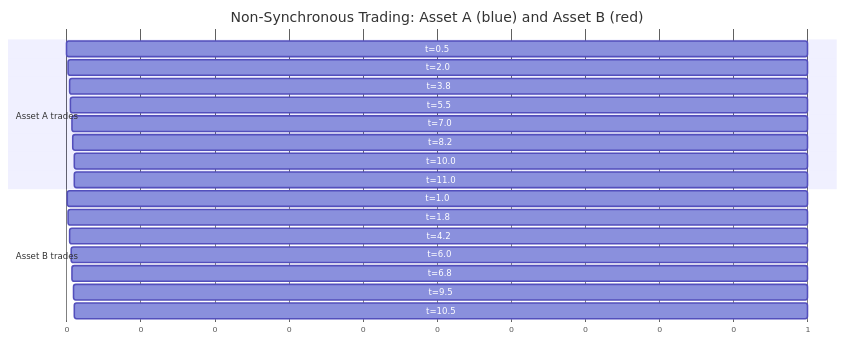
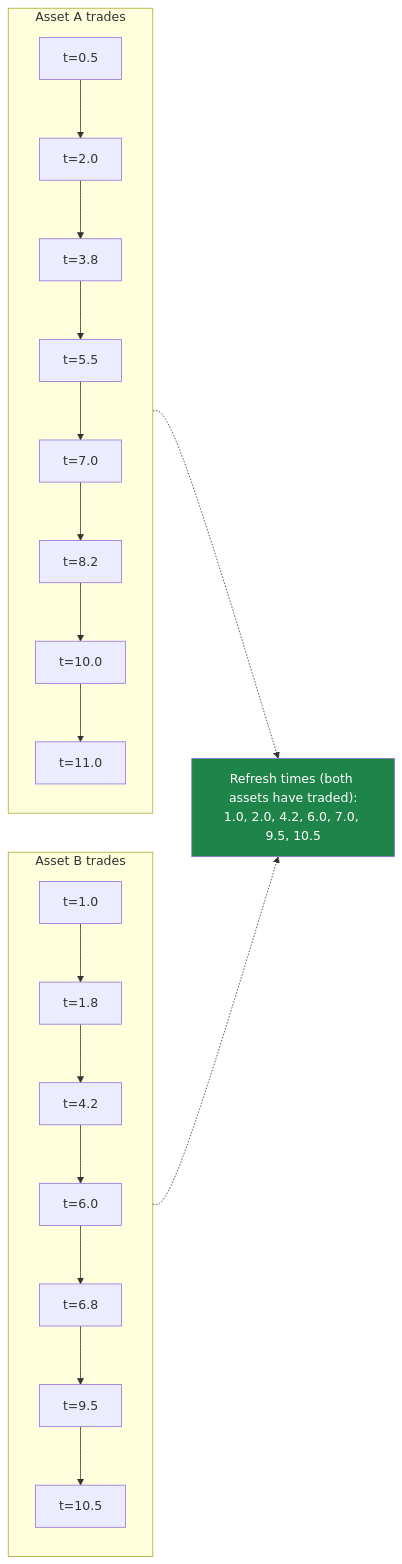
One commit to xRyann2255/ML-GS changed the second of 7 diagrams in vol-learning-guide/markdown/ch14-multivariate-volatility.md. Above: the diagram before and after it, drawn with Mermaid. The commit also changed other lines of this file and 10 other files, not shown here.

Commit message:
docs(vol-guide): regenerate markdown mirrors after diagram audit (ch10 taxonomy + ch03 decision-tree semantic; 9 re-layout refreshes)

````diff
--- a/vol-learning-guide/markdown/ch14-multivariate-volatility.md
+++ b/vol-learning-guide/markdown/ch14-multivariate-volatility.md
@@ -81,25 +53,13 @@
 ```mermaid
-gantt
-    title Non-Synchronous Trading: Asset A (blue) and Asset B (red)
-    dateFormat X
-    axisFormat %s
-
-    section Asset A trades
-    t=0.5  :a1, 0, 1
-    t=2.0  :a2, 2, 1
-    t=3.8  :a3, 4, 1
-    t=5.5  :a4, 5, 1
-    t=7.0  :a5, 7, 1
-    t=8.2  :a6, 8, 1
-    t=10.0 :a7, 10, 1
-    t=11.0 :a8, 11, 1
-
-    section Asset B trades
-    t=1.0  :b1, 1, 1
-    t=1.8  :b2, 2, 1
-    t=4.2  :b3, 4, 1
-    t=6.0  :b4, 6, 1
-    t=6.8  :b5, 7, 1
-    t=9.5  :b6, 9, 1
-    t=10.5 :b7, 10, 1
+flowchart LR
+    subgraph A["Asset A trades"]
+        A1["t=0.5"] --> A2["t=2.0"] --> A3["t=3.8"] --> A4["t=5.5"] --> A5["t=7.0"] --> A6["t=8.2"] --> A7["t=10.0"] --> A8["t=11.0"]
+    end
+    subgraph B["Asset B trades"]
+        B1["t=1.0"] --> B2["t=1.8"] --> B3["t=4.2"] --> B4["t=6.0"] --> B5["t=6.8"] --> B6["t=9.5"] --> B7["t=10.5"]
+    end
+    R["Refresh times (both assets have traded):<br/>1.0, 2.0, 4.2, 6.0, 7.0, 9.5, 10.5"]
+    A -.-> R
+    B -.-> R
+    style R fill:#1e8449,color:#fff
 ```
````
